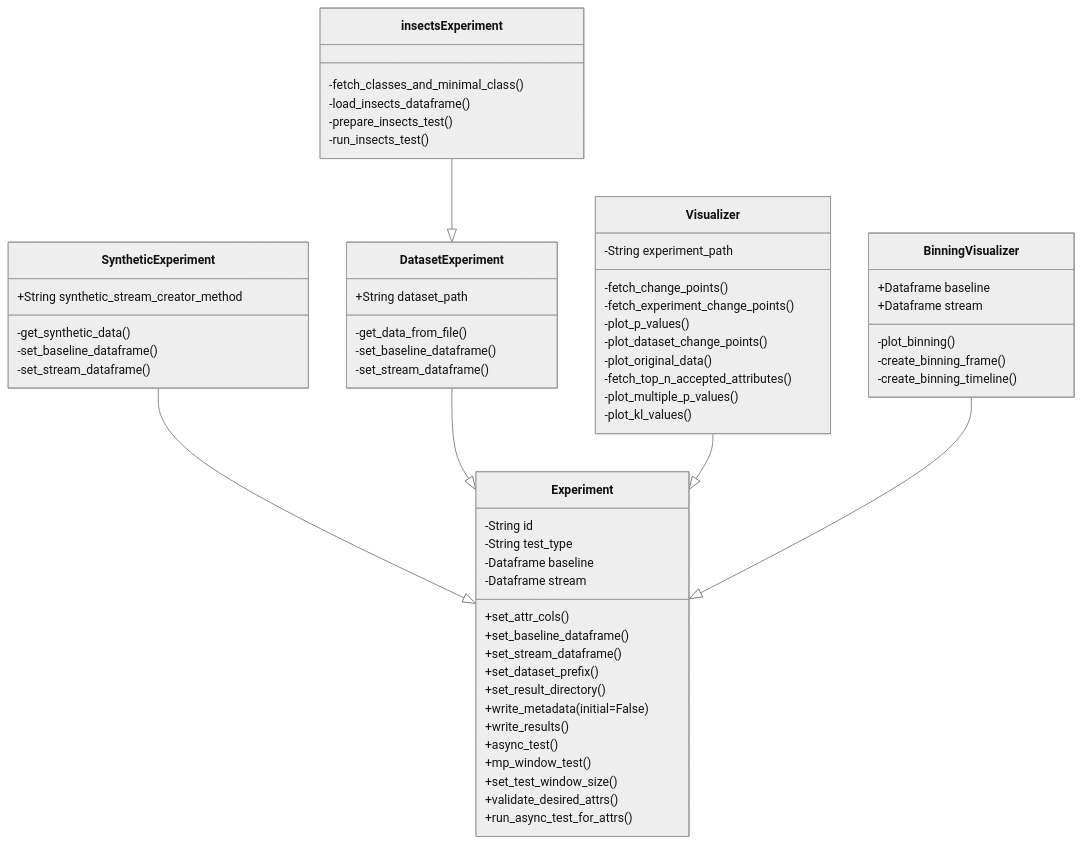
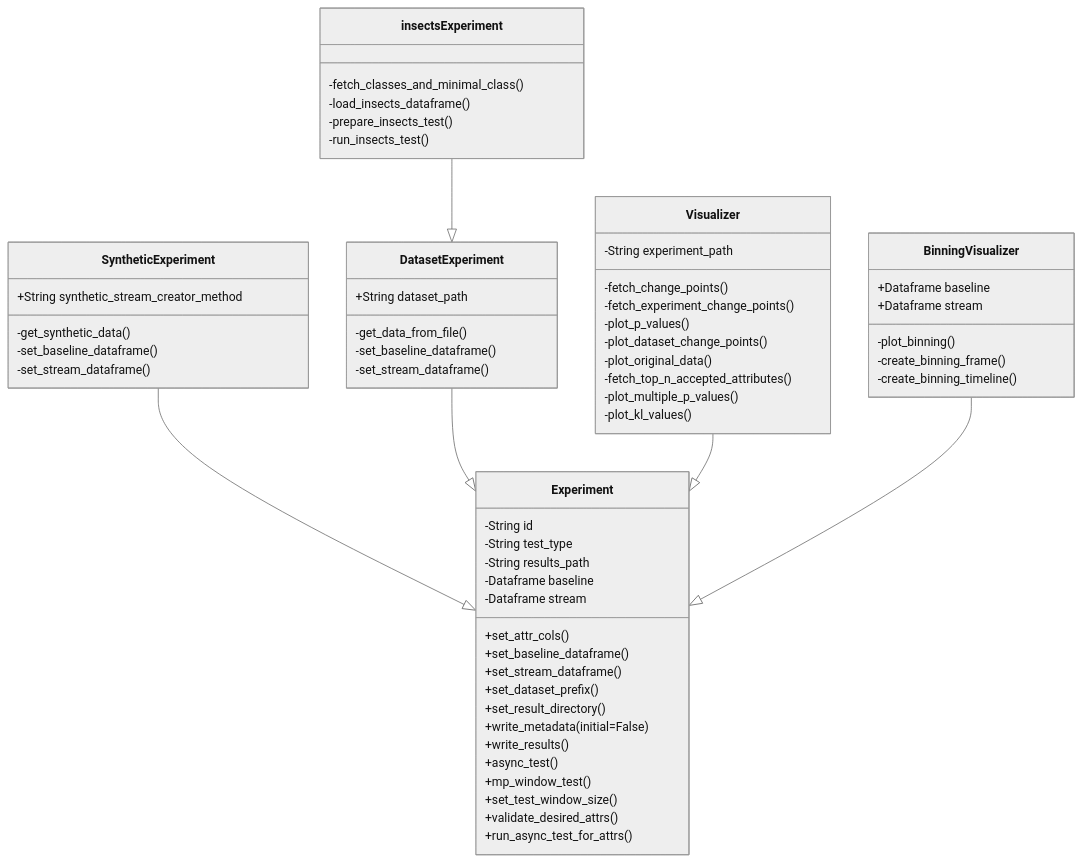
Before and after one commit to lucashelfs/drifts: the second of 2 diagrams in dev/codes/README.md, drawn with Mermaid (neutral theme).

Commit message:
docs: class diagram minor changes

````diff
--- a/dev/codes/README.md
+++ b/dev/codes/README.md
@@ -63,83 +63,84 @@
 ```mermaid
 classDiagram
 
 class Experiment{
     -String id
     -String test_type
+    -String results_path
     -Dataframe baseline
     -Dataframe stream
-
+    
     +set_attr_cols()
     +set_baseline_dataframe()
     +set_stream_dataframe()
     +set_dataset_prefix()
     +set_result_directory()
 
     +write_metadata(initial=False)
     +write_results() 
     
     +async_test()
     +mp_window_test()
     +set_test_window_size()
 
     +validate_desired_attrs()
     +run_async_test_for_attrs()
 }
 
 class DatasetExperiment{
     +String dataset_path
 
     -get_data_from_file()
     -set_baseline_dataframe()
     -set_stream_dataframe()
 
 }
 
 class SyntheticExperiment{
     +String synthetic_stream_creator_method
     
     -get_synthetic_data()
     -set_baseline_dataframe()
     -set_stream_dataframe()
 }
 
 class insectsExperiment{
     -fetch_classes_and_minimal_class()
     -load_insects_dataframe()
     -prepare_insects_test()
     -run_insects_test()
 }
 
 class Visualizer{
     -String experiment_path
 
     -fetch_change_points()
     -fetch_experiment_change_points()
     -plot_p_values()
     -plot_dataset_change_points()
     -plot_original_data()
     -fetch_top_n_accepted_attributes()
     -plot_multiple_p_values()
     -plot_kl_values()
 }
 
 class BinningVisualizer{
     +Dataframe baseline
     +Dataframe stream
 
     -plot_binning()
     -create_binning_frame()
     -create_binning_timeline()
 }
 
 
 SyntheticExperiment --|> Experiment
 
 insectsExperiment --|> DatasetExperiment
 DatasetExperiment --|> Experiment
 
 Visualizer --|> Experiment
 BinningVisualizer --|> Experiment
 
 
 ```
````
